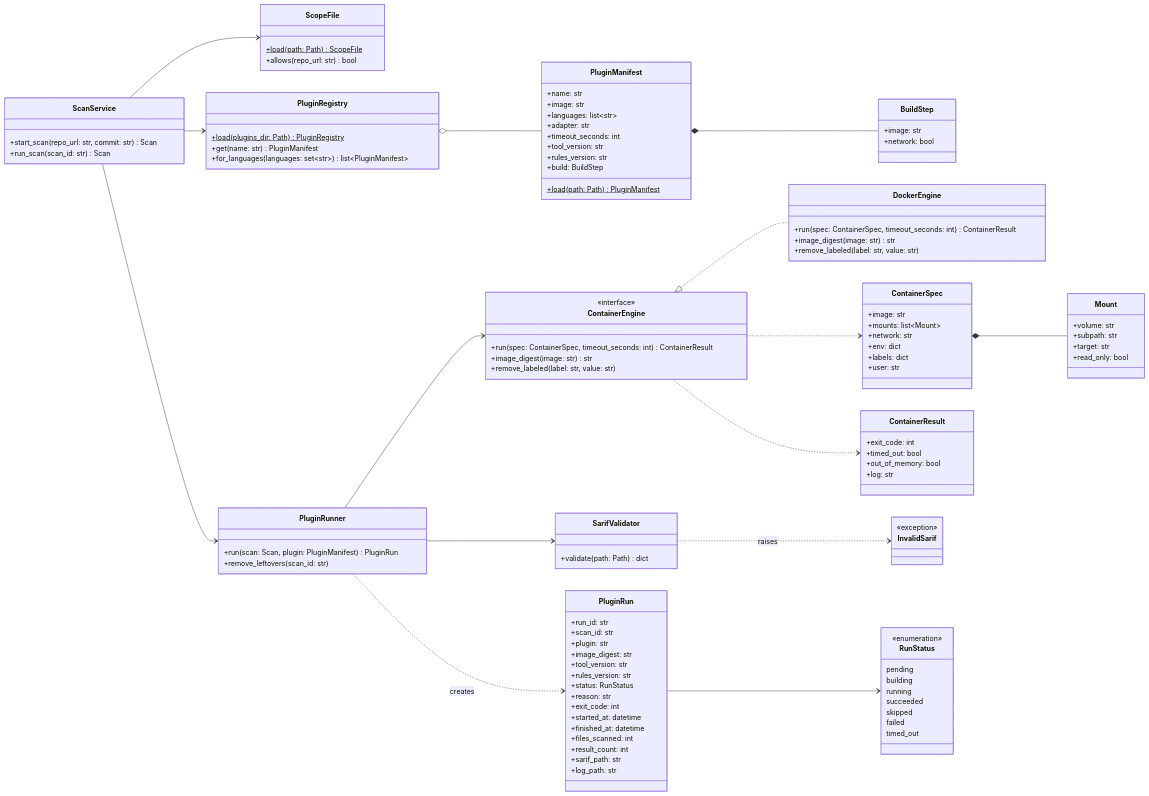
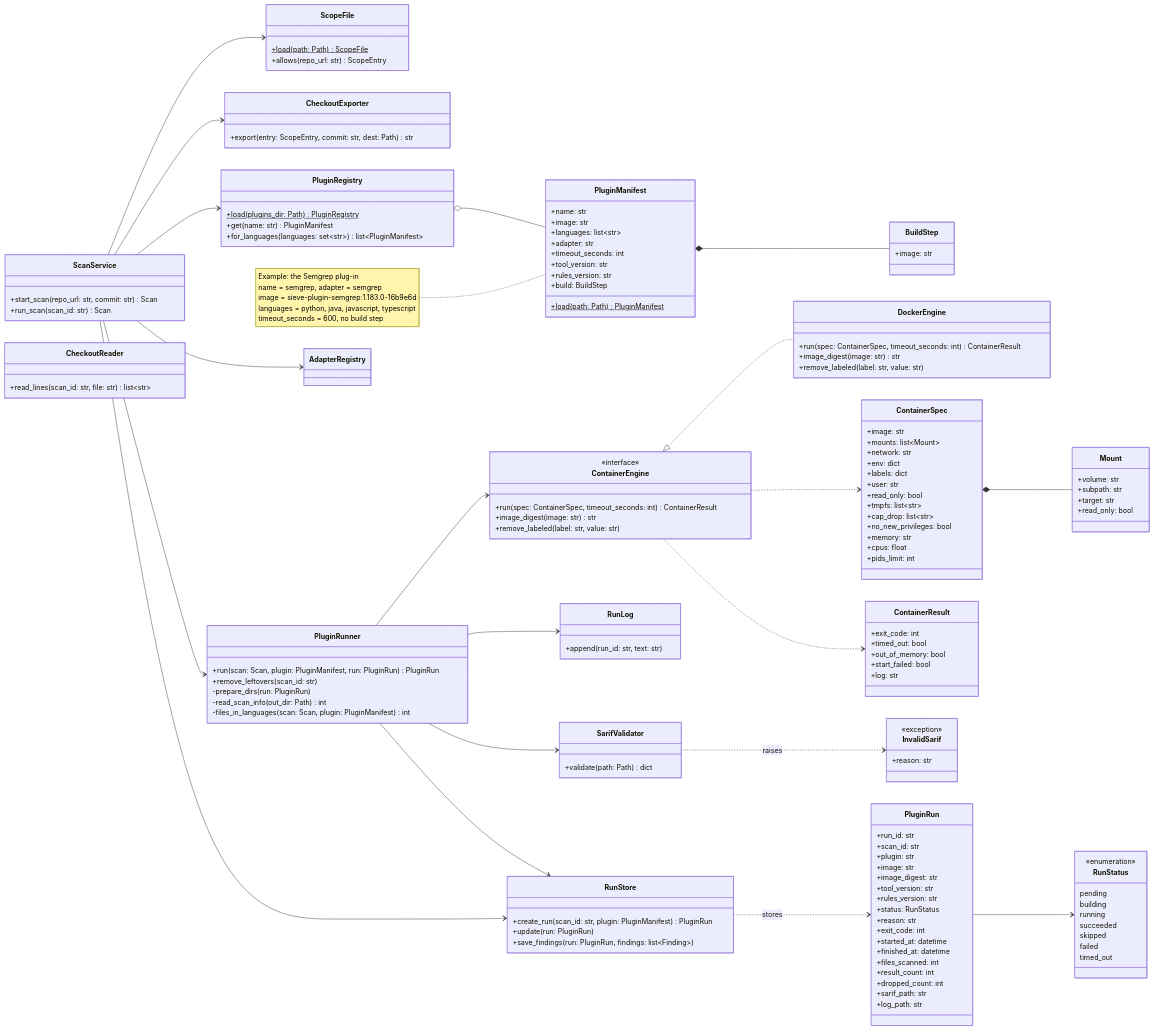
The first of 4 diagrams in docs/class-diagrams.md (sieve-ku-comp491/sieve), drawn with Mermaid before and after one commit. The commit also changed other lines of this file, not shown here.

First line of the commit message:
docs: give every runner and adapter task an owner in the classes

````diff
--- a/docs/class-diagrams.md
+++ b/docs/class-diagrams.md
@@ -17,7 +17,13 @@
   }
   class ScopeFile {
     +load(path: Path)$ ScopeFile
-    +allows(repo_url: str) bool
+    +allows(repo_url: str) ScopeEntry
+  }
+  class CheckoutExporter {
+    +export(entry: ScopeEntry, commit: str, dest: Path) str
+  }
+  class CheckoutReader {
+    +read_lines(scan_id: str, file: str) list~str~
   }
   class PluginRegistry {
     +load(plugins_dir: Path)$ PluginRegistry
@@ -37,11 +43,21 @@
   }
   class BuildStep {
     +image: str
-    +network: bool
   }
   class PluginRunner {
-    +run(scan: Scan, plugin: PluginManifest) PluginRun
+    +run(scan: Scan, plugin: PluginManifest, run: PluginRun) PluginRun
     +remove_leftovers(scan_id: str)
+    -prepare_dirs(run: PluginRun)
+    -read_scan_info(out_dir: Path) int
+    -files_in_languages(scan: Scan, plugin: PluginManifest) int
+  }
+  class RunStore {
+    +create_run(scan_id: str, plugin: PluginManifest) PluginRun
+    +update(run: PluginRun)
+    +save_findings(run: PluginRun, findings: list~Finding~)
+  }
+  class RunLog {
+    +append(run_id: str, text: str)
   }
   class ContainerEngine {
     <<interface>>
@@ -61,6 +77,13 @@
     +env: dict
     +labels: dict
     +user: str
+    +read_only: bool
+    +tmpfs: list~str~
+    +cap_drop: list~str~
+    +no_new_privileges: bool
+    +memory: str
+    +cpus: float
+    +pids_limit: int
   }
   class Mount {
     +volume: str
@@ -72,6 +95,7 @@
     +exit_code: int
     +timed_out: bool
     +out_of_memory: bool
+    +start_failed: bool
     +log: str
   }
   class SarifValidator {
@@ -79,11 +103,13 @@
   }
   class InvalidSarif {
     <<exception>>
+    +reason: str
   }
   class PluginRun {
     +run_id: str
     +scan_id: str
     +plugin: str
+    +image: str
     +image_digest: str
     +tool_version: str
     +rules_version: str
@@ -94,6 +120,7 @@
     +finished_at: datetime
     +files_scanned: int
     +result_count: int
+    +dropped_count: int
     +sarif_path: str
     +log_path: str
   }
@@ -109,17 +136,23 @@
   }
 
   ScanService --> ScopeFile
+  ScanService --> CheckoutExporter
   ScanService --> PluginRegistry
   ScanService --> PluginRunner
+  ScanService --> RunStore
+  ScanService --> AdapterRegistry
   PluginRegistry o-- PluginManifest
   PluginManifest *-- BuildStep
   PluginRunner --> ContainerEngine
   PluginRunner --> SarifValidator
+  PluginRunner --> RunStore
+  PluginRunner --> RunLog
   ContainerEngine <|.. DockerEngine
   ContainerEngine ..> ContainerSpec
   ContainerEngine ..> ContainerResult
   ContainerSpec *-- Mount
-  PluginRunner ..> PluginRun : creates
+  RunStore ..> PluginRun : stores
   PluginRun --> RunStatus
   SarifValidator ..> InvalidSarif : raises
+  note for PluginManifest "Example: the Semgrep plug-in<br>name = semgrep, adapter = semgrep<br>image = sieve-plugin-semgrep:1.183.0-16b9e6d<br>languages = python, java, javascript, typescript<br>timeout_seconds = 600, no build step"
 ```
````
